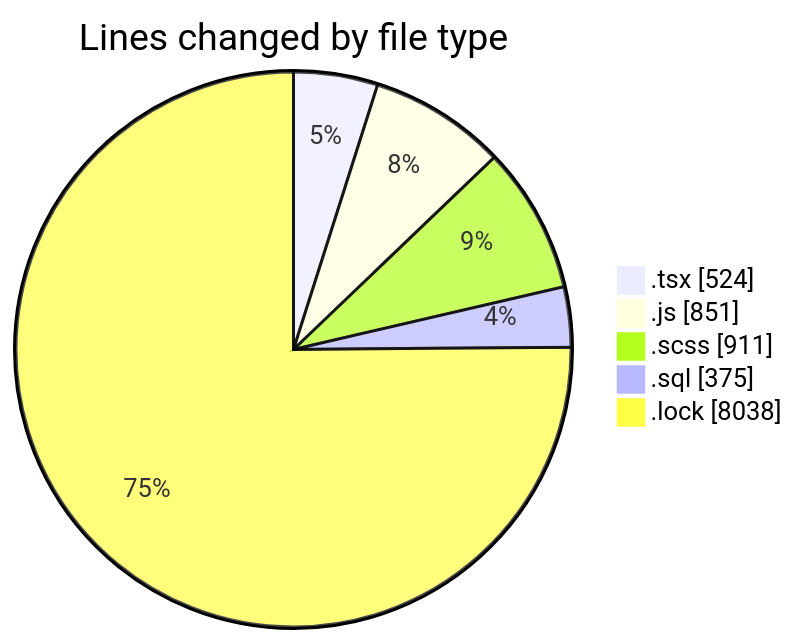
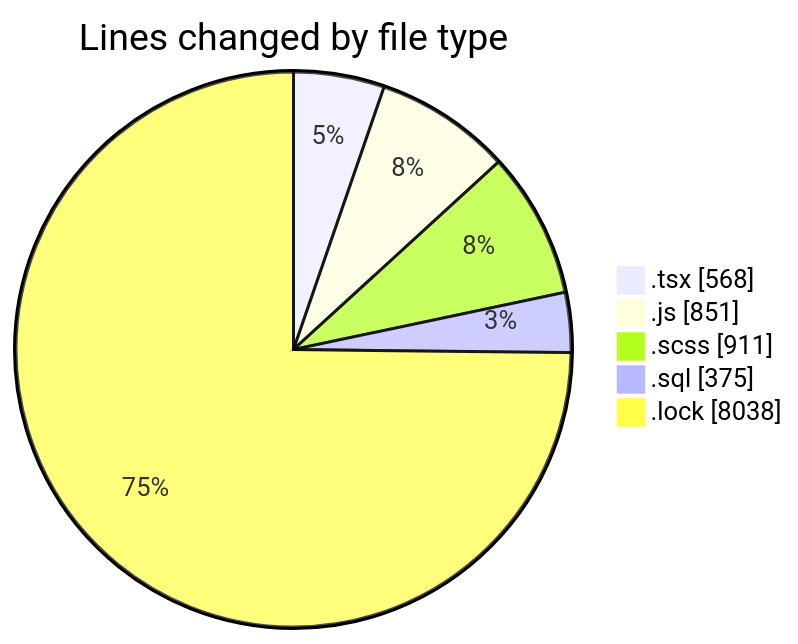
Before and after one commit to momahboobian/code-tracking: the first of 2 diagrams in 2025-03-18/cda/README.md, drawn with Mermaid. The commit also changed other lines of this file and 1 other file, not shown here.

````diff
--- a/2025-03-18/cda/README.md
+++ b/2025-03-18/cda/README.md
@@ -30,9 +30,9 @@
 ```mermaid
 pie showData
 title Lines changed by file type
-".tsx" : 524
+".tsx" : 568
 ".js" : 851
 ".scss" : 911
 ".sql" : 375
 ".lock" : 8038
 ```
````
